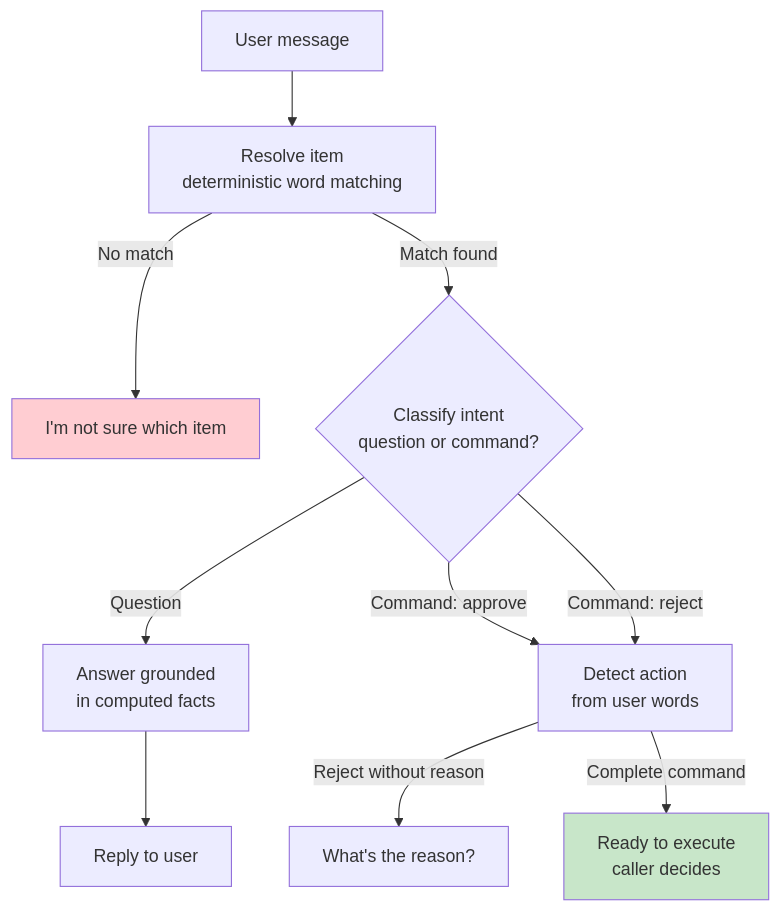
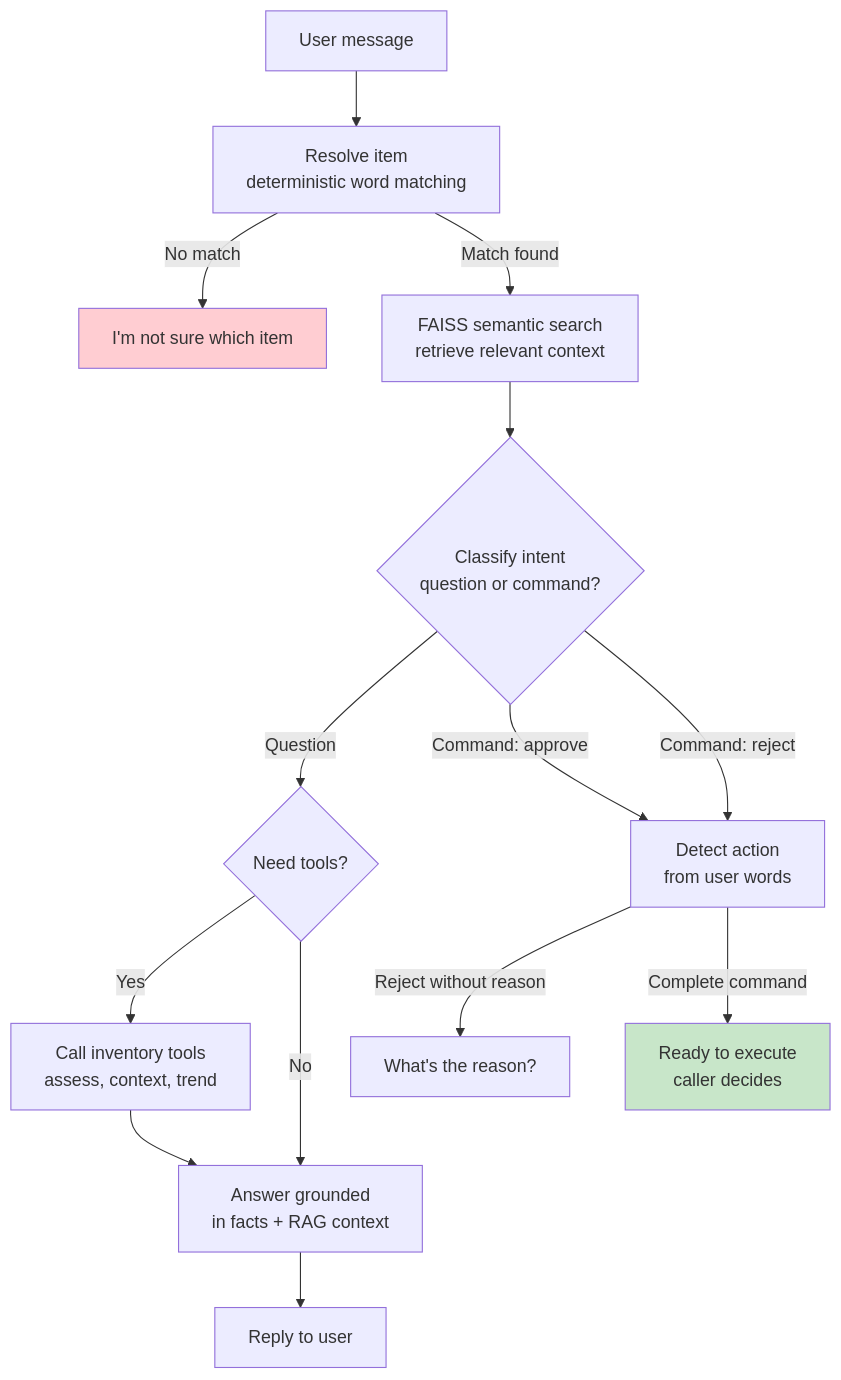
Before and after one commit to pavanjarpula/Autonomous-Inventory-Management-Reordering-Platform: the fourth of 5 diagrams in README.md, drawn with Mermaid. The commit also changed other lines of this file, not shown here.

First line of the commit message:
Update README with enhanced architecture

````diff
--- a/README.md
+++ b/README.md
@@ -168,15 +221,19 @@
 ```mermaid
 flowchart TB
     MSG[User message] --> MATCH[Resolve item<br/>deterministic word matching]
     MATCH -->|No match| UNCLEAR["I'm not sure which item"]
-    MATCH -->|Match found| INTENT{Classify intent<br/>question or command?}
-    INTENT -->|Question| ANSWER[Answer grounded<br/>in computed facts]
+    MATCH -->|Match found| RAG_SEARCH[FAISS semantic search<br/>retrieve relevant context]
+    RAG_SEARCH --> INTENT{Classify intent<br/>question or command?}
+    INTENT -->|Question| TOOLS_CHECK{Need tools?}
+    TOOLS_CHECK -->|Yes| CALL_TOOLS[Call inventory tools<br/>assess, context, trend]
+    TOOLS_CHECK -->|No| ANSWER[Answer grounded<br/>in facts + RAG context]
+    CALL_TOOLS --> ANSWER
     INTENT -->|Command: approve| DETECT[Detect action<br/>from user words]
     INTENT -->|Command: reject| DETECT
     DETECT -->|Reject without reason| ASK_REASON["What's the reason?"]
     DETECT -->|Complete command| READY[Ready to execute<br/>caller decides]
     ANSWER --> REPLY[Reply to user]
 
     style UNCLEAR fill:#ffcdd2
     style READY fill:#c8e6c9
 ```
````
